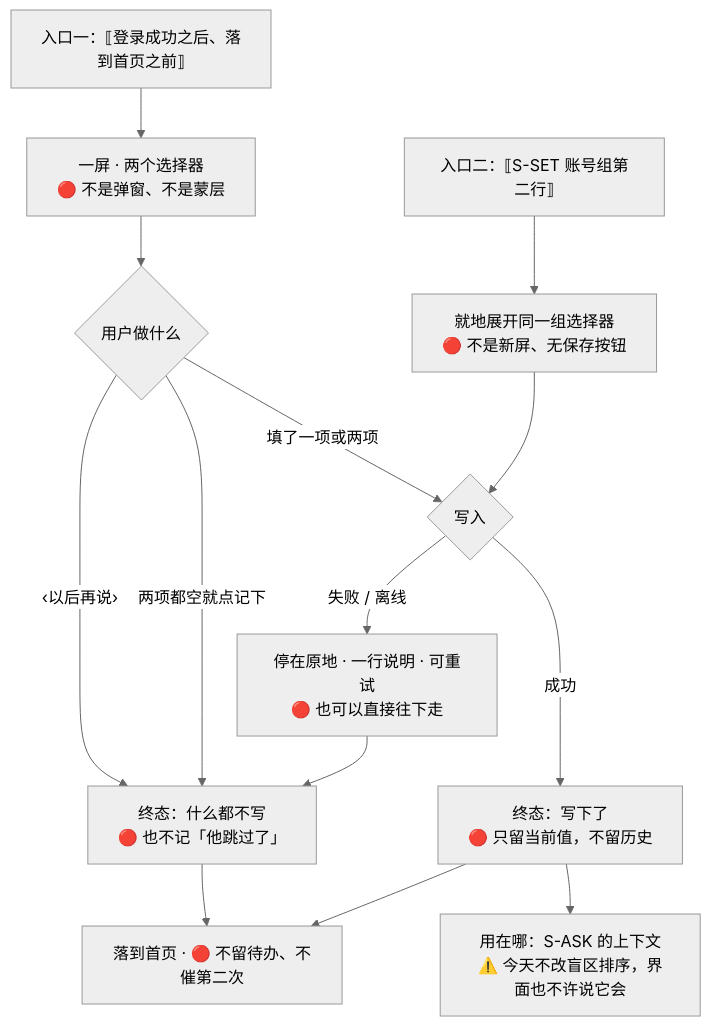
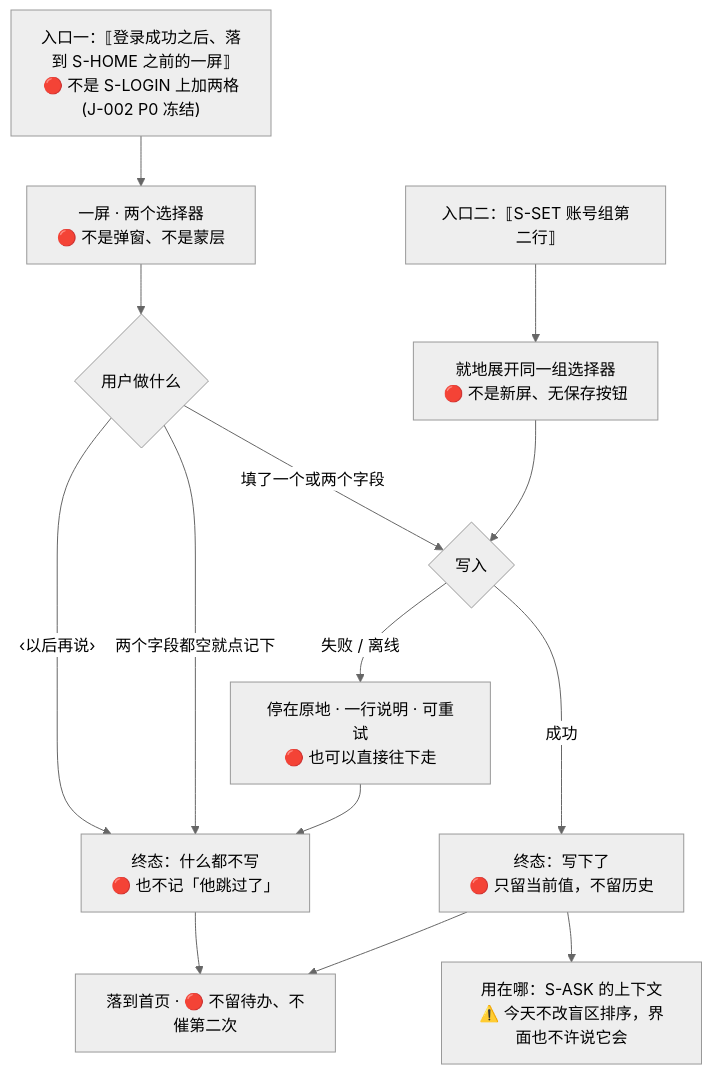
The diagram in docs/product/modules/M3-盲区与覆盖度/U3.8-我要考的那一场.md (chenyuanjin/kubic), drawn with Mermaid (neutral theme) before and after one commit. The commit also changed other lines of this file and 3 other files, not shown here.

````diff
--- a/docs/product/modules/M3-盲区与覆盖度/U3.8-我要考的那一场.md
+++ b/docs/product/modules/M3-盲区与覆盖度/U3.8-我要考的那一场.md
@@ -216,16 +245,16 @@
 ```mermaid
 flowchart TD
-    E["入口一：⟦登录成功之后、落到首页之前⟧"] --> P["一屏 · 两个选择器<br/>🔴 不是弹窗、不是蒙层"]
+    E["入口一：⟦登录成功之后、落到 S-HOME 之前的一屏⟧<br/>🔴 不是 S-LOGIN 上加两格(J-002 P0 冻结)"] --> P["一屏 · 两个选择器<br/>🔴 不是弹窗、不是蒙层"]
     P --> C{"用户做什么"}
     C -->|"‹以后再说›"| SK["终态：什么都不写<br/>🔴 也不记「他跳过了」"]
-    C -->|"两项都空就点记下"| SK
-    C -->|"填了一项或两项"| W{"写入"}
+    C -->|"两个字段都空就点记下"| SK
+    C -->|"填了一个或两个字段"| W{"写入"}
     W -->|"成功"| OK["终态：写下了<br/>🔴 只留当前值，不留历史"]
     W -->|"失败 / 离线"| Q["停在原地 · 一行说明 · 可重试<br/>🔴 也可以直接往下走"]
     Q --> SK
     SK --> H["落到首页 · 🔴 不留待办、不催第二次"]
     OK --> H
     E2["入口二：⟦S-SET 账号组第二行⟧"] --> X["就地展开同一组选择器<br/>🔴 不是新屏、无保存按钮"]
     X --> W
     OK --> U["用在哪：S-ASK 的上下文<br/>⚠️ 今天不改盲区排序，界面也不许说它会"]
 ```
````
